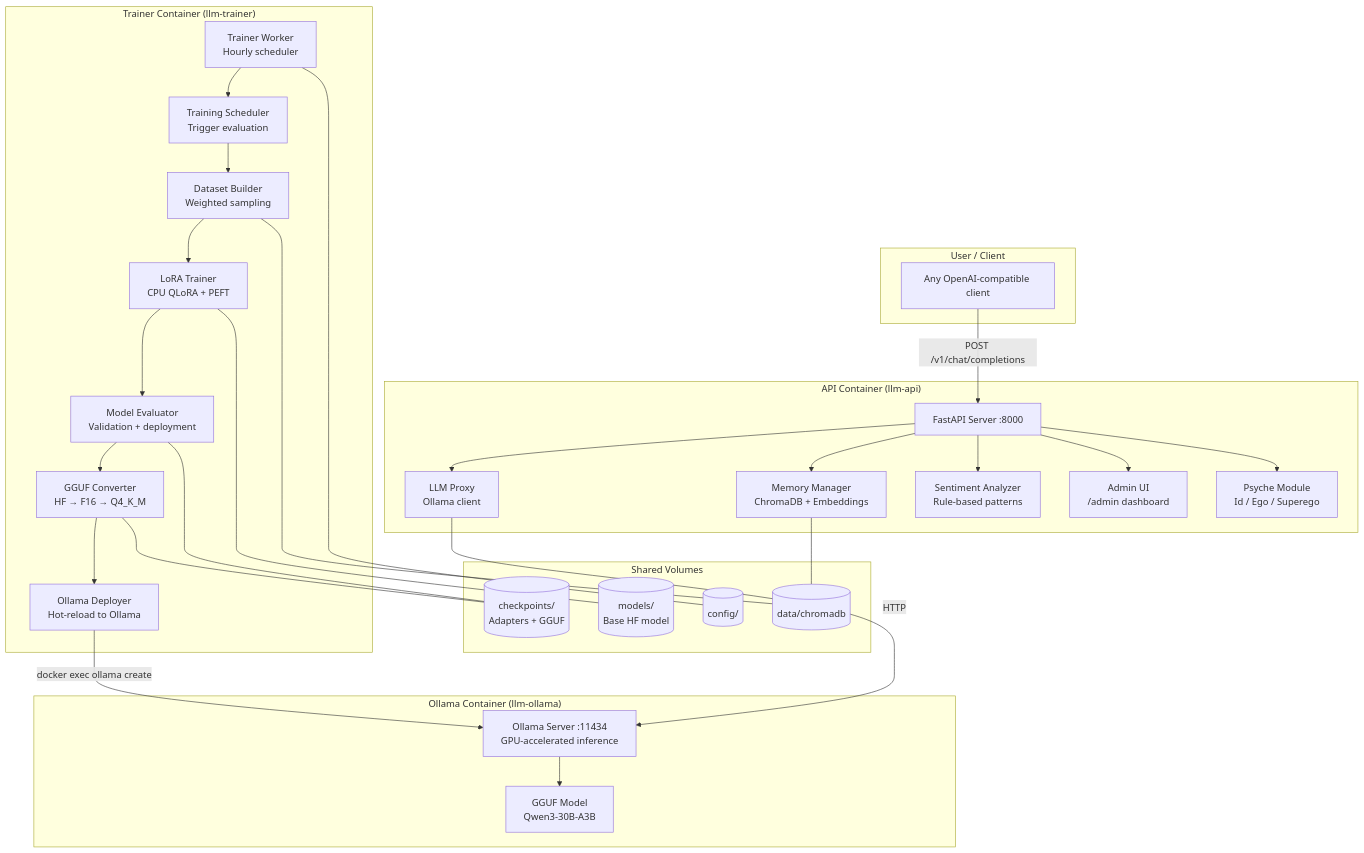
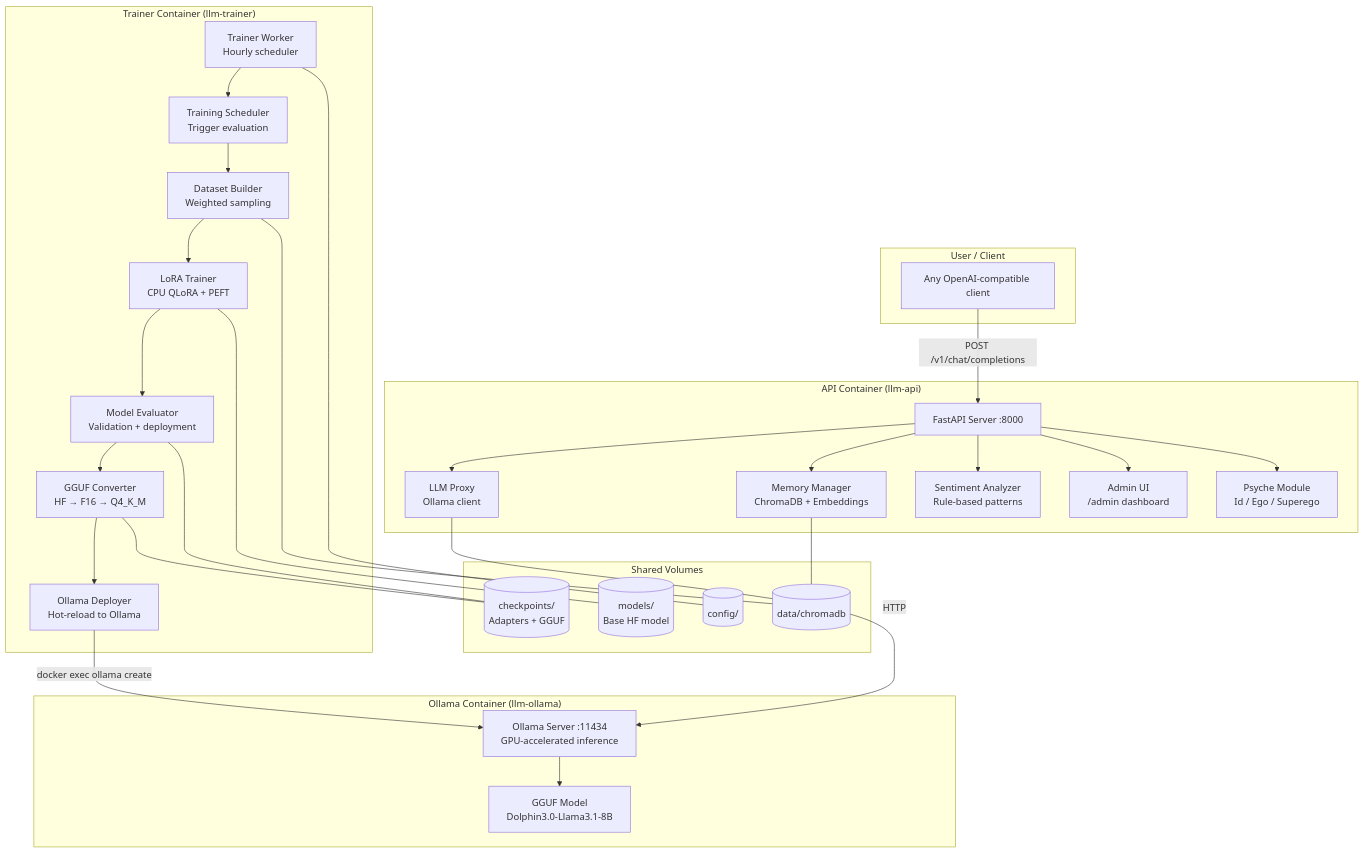
One commit to manikmakki/Project-RLHFL changed the first of 7 diagrams in FOR_NERDS.md. Above: the diagram before and after it, drawn with Mermaid. The commit also changed 22 other files, not shown here.

````diff
--- a/FOR_NERDS.md
+++ b/FOR_NERDS.md
@@ -9,61 +9,61 @@
 ```mermaid
 graph TB
     subgraph "User / Client"
         C[Any OpenAI-compatible client]
     end
 
     subgraph "API Container (llm-api)"
         FP[FastAPI Server :8000]
         LE[LLM Proxy<br/>Ollama client]
         MM[Memory Manager<br/>ChromaDB + Embeddings]
         SA[Sentiment Analyzer<br/>Rule-based patterns]
         AU[Admin UI<br/>/admin dashboard]
         PS[Psyche Module<br/>Id / Ego / Superego]
     end
 
     subgraph "Ollama Container (llm-ollama)"
         OL[Ollama Server :11434<br/>GPU-accelerated inference]
-        GGUF[GGUF Model<br/>Qwen3-30B-A3B]
+        GGUF[GGUF Model<br/>Dolphin3.0-Llama3.1-8B]
     end
 
     subgraph "Trainer Container (llm-trainer)"
         TW[Trainer Worker<br/>Hourly scheduler]
         TS[Training Scheduler<br/>Trigger evaluation]
         DB[Dataset Builder<br/>Weighted sampling]
         LT[LoRA Trainer<br/>CPU QLoRA + PEFT]
         ME[Model Evaluator<br/>Validation + deployment]
         GC[GGUF Converter<br/>HF → F16 → Q4_K_M]
         OD[Ollama Deployer<br/>Hot-reload to Ollama]
     end
 
     subgraph "Shared Volumes"
         MOD[(models/<br/>Base HF model)]
         DAT[(data/chromadb)]
         CKP[(checkpoints/<br/>Adapters + GGUF)]
         CFG[(config/)]
     end
 
     C -->|POST /v1/chat/completions| FP
     FP --> LE
     FP --> MM
     FP --> SA
     FP --> AU
     FP --> PS
 
     LE -->|HTTP| OL
     OL --> GGUF
     MM --- DAT
     TW --> TS
     TS --> DB
     DB --> LT
     LT --> ME
     ME --> GC
     GC --> OD
     OD -->|docker exec ollama create| OL
 
     DB --- DAT
     LT --- MOD
     ME --- CKP
     GC --- CKP
     TW --- CFG
 ```
````
